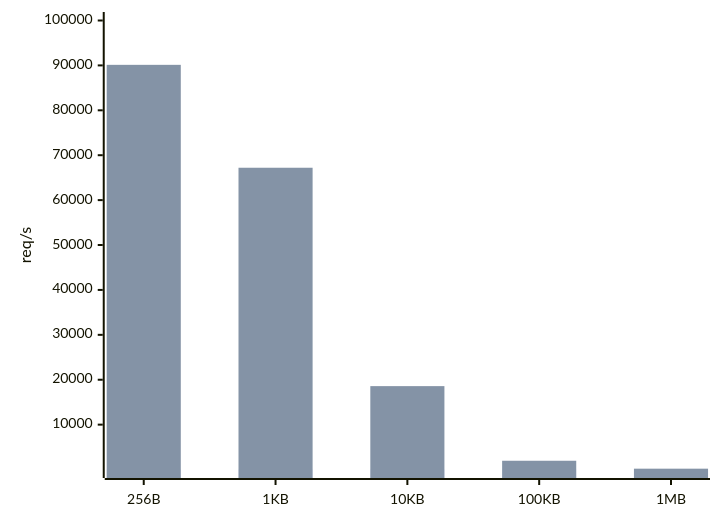
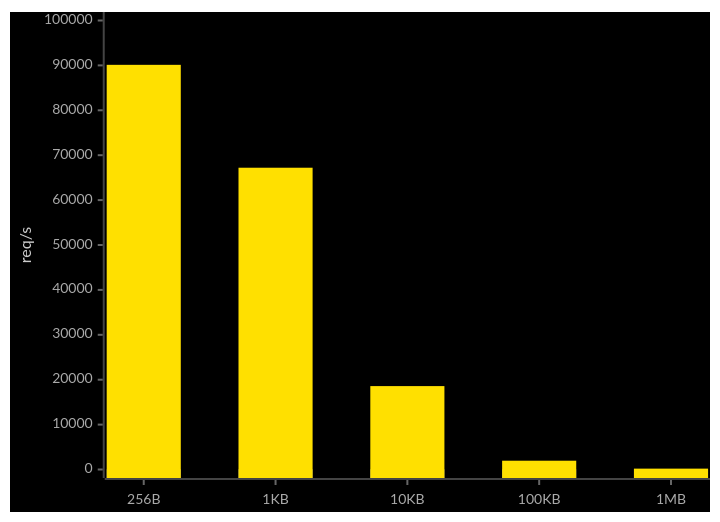
Before and after one commit to inference-labs-inc/lightning: the second of 2 diagrams in README.md, drawn with Mermaid. The commit also changed other lines of this file and 2 other files, not shown here.

First line of the commit message:
Resolve CI failures and introduce chart theming for benchmark visualizations

````diff
--- a/README.md
+++ b/README.md
@@ -44,13 +58,25 @@
 ```mermaid
 ---
 config:
     xyChart:
-        yAxis:
-            type: log
+        plotReservedSpacePercent: 60
+    themeVariables:
+        xyChart:
+            backgroundColor: "#000000"
+            plotColorPalette: "#808080, #FFE000"
+            titleColor: "#ffffff"
+            xAxisLabelColor: "#aaaaaa"
+            xAxisTitleColor: "#cccccc"
+            xAxisTickColor: "#666666"
+            xAxisLineColor: "#444444"
+            yAxisLabelColor: "#aaaaaa"
+            yAxisTitleColor: "#cccccc"
+            yAxisTickColor: "#666666"
+            yAxisLineColor: "#444444"
 ---
 xychart-beta
     x-axis ["256B", "1KB", "10KB", "100KB", "1MB"]
-    y-axis "req/s" 10 --> 100000
+    y-axis "req/s" 0 --> 100000
     bar "bittensor" [49, 61, 60, 59, 57]
     bar "lightning" [90126, 67210, 18576, 1958, 193]
 ```
````
